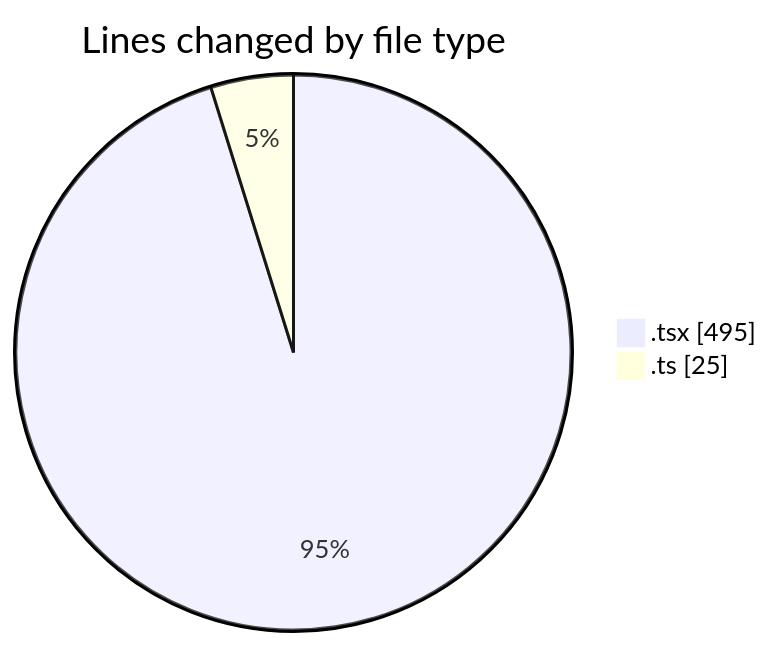
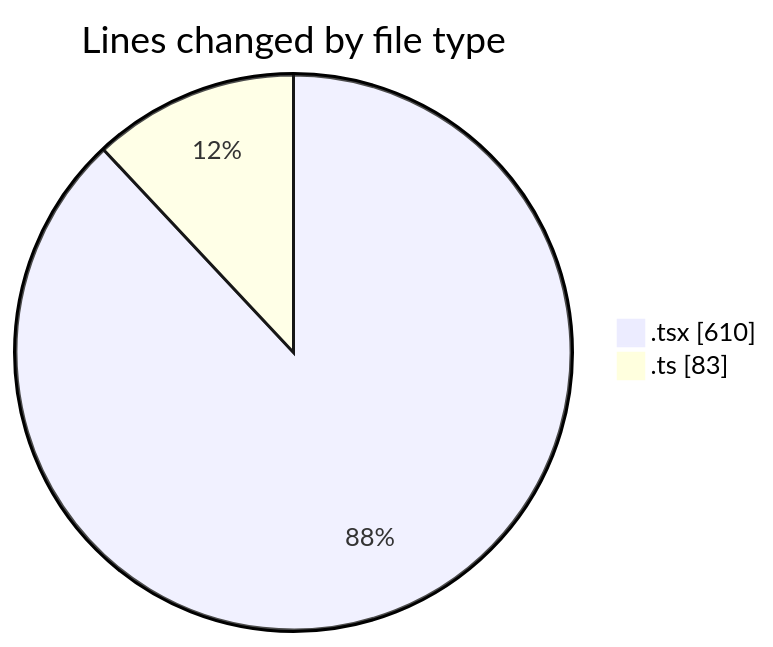
One commit to robertbonfada/code-tracking changed the first of 2 diagrams in 2025-03-19/peregrino-web/README.md. Above: the diagram before and after it, drawn with Mermaid. The commit also changed other lines of this file and 1 other file, not shown here.

````diff
--- a/2025-03-19/peregrino-web/README.md
+++ b/2025-03-19/peregrino-web/README.md
@@ -30,6 +33,6 @@
 ```mermaid
 pie showData
 title Lines changed by file type
-".tsx" : 495
-".ts" : 25
+".tsx" : 610
+".ts" : 83
 ```
````
